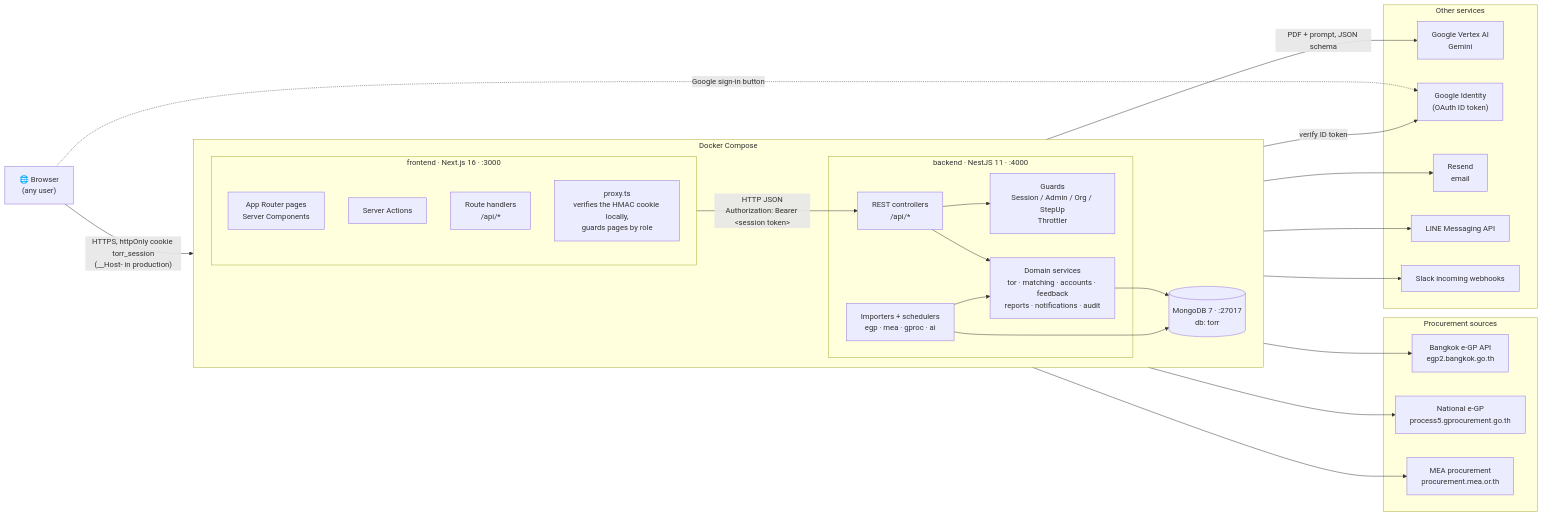
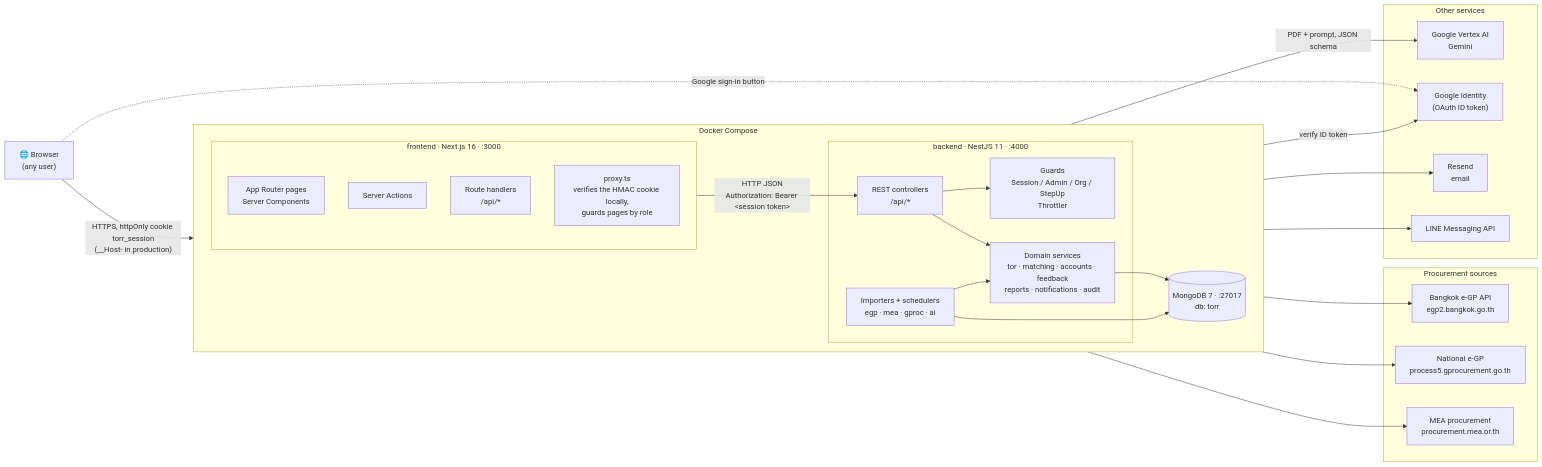
One commit to PhomMaiWai/TorFinder changed the first of 2 diagrams in docs/design/system-architecture.md. Above: the diagram before and after it, drawn with Mermaid. The commit also changed 29 other files, not shown here.

````diff
--- a/docs/design/system-architecture.md
+++ b/docs/design/system-architecture.md
@@ -11,48 +11,47 @@
 ```mermaid
 flowchart LR
     Browser["🌐 Browser<br/>(any user)"]
 
     subgraph Compose["Docker Compose"]
         direction LR
         subgraph FE["frontend · Next.js 16 · :3000"]
             Pages["App Router pages<br/>Server Components"]
             Actions["Server Actions"]
             Routes["Route handlers<br/>/api/*"]
             MW["proxy.ts<br/>verifies the HMAC cookie locally,<br/>guards pages by role"]
         end
         subgraph BE["backend · NestJS 11 · :4000"]
             Guards["Guards<br/>Session / Admin / Org / StepUp<br/>Throttler"]
             Controllers["REST controllers<br/>/api/*"]
             Services["Domain services<br/>tor · matching · accounts · feedback<br/>reports · notifications · audit"]
             Importers["Importers + schedulers<br/>egp · mea · gproc · ai"]
         end
         DB[("MongoDB 7 · :27017<br/>db: torr")]
     end
 
     subgraph Sources["Procurement sources"]
         EGP["Bangkok e-GP API<br/>egp2.bangkok.go.th"]
         GPROC["National e-GP<br/>process5.gprocurement.go.th"]
         MEA["MEA procurement<br/>procurement.mea.or.th"]
     end
 
     subgraph Cloud["Other services"]
         VERTEX["Google Vertex AI<br/>Gemini"]
         GOOGLE["Google Identity<br/>(OAuth ID token)"]
         RESEND["Resend<br/>email"]
         LINE["LINE Messaging API"]
-        SLACK["Slack incoming webhooks"]
     end
 
     Browser -- "HTTPS, httpOnly cookie torr_session<br/>(__Host- in production)" --> FE
     Browser -. "Google sign-in button" .-> GOOGLE
     FE -- "HTTP JSON<br/>Authorization: Bearer &lt;session token&gt;" --> Controllers
     Controllers --> Guards
     Controllers --> Services
     Importers --> Services
     Services --> DB
     Importers --> DB
     Importers --> EGP & GPROC & MEA
     Importers -- "PDF + prompt, JSON schema" --> VERTEX
     Services -- "verify ID token" --> GOOGLE
-    Services --> RESEND & LINE & SLACK
+    Services --> RESEND & LINE
 ```
````
